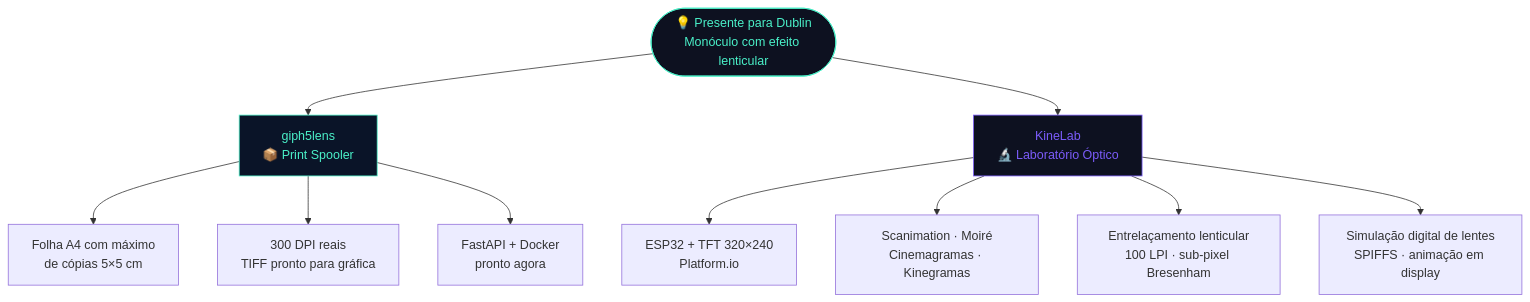
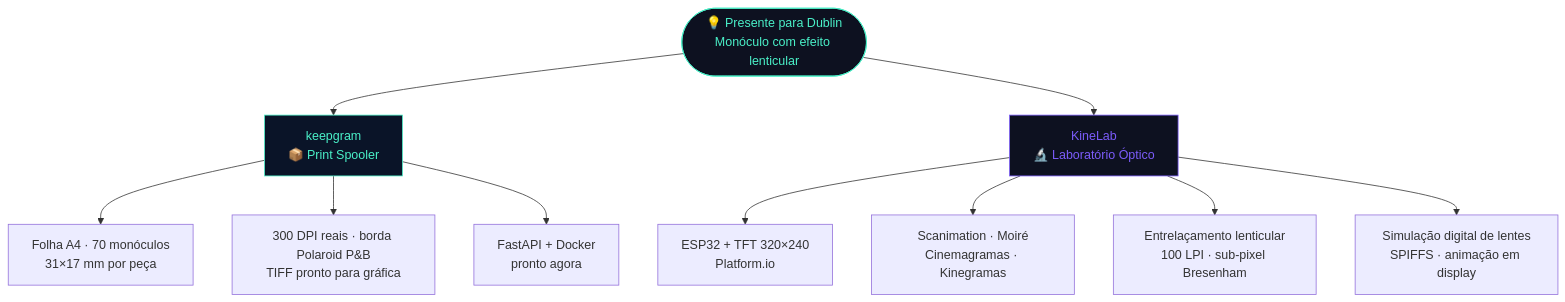
The first of 5 diagrams in README.md (pizzirano/giph5lens), drawn with Mermaid before and after one commit. The commit also changed other lines of this file, not shown here.

Commit message:
update v3 keepgram

````diff
--- a/README.md
+++ b/README.md
@@ -70,20 +79,20 @@
 ```mermaid
 graph TD
     ORIGEM(["💡 Presente para Dublin\nMonóculo com efeito lenticular"])
 
-    ORIGEM --> G5["giph5lens\n📦 Print Spooler"]
+    ORIGEM --> KG["keepgram\n📦 Print Spooler"]
     ORIGEM --> KL["KineLab\n🔬 Laboratório Óptico"]
 
-    G5 --> G5A["Folha A4 com máximo\nde cópias 5×5 cm"]
-    G5 --> G5B["300 DPI reais\nTIFF pronto para gráfica"]
-    G5 --> G5C["FastAPI + Docker\npronto agora"]
+    KG --> KGA["Folha A4 · 70 monóculos\n31×17 mm por peça"]
+    KG --> KGB["300 DPI reais · borda Polaroid P&B\nTIFF pronto para gráfica"]
+    KG --> KGC["FastAPI + Docker\npronto agora"]
 
     KL --> KL1["ESP32 + TFT 320×240\nPlatform.io"]
     KL --> KL2["Scanimation · Moiré\nCinemagramas · Kinegramas"]
     KL --> KL3["Entrelaçamento lenticular\n100 LPI · sub-pixel Bresenham"]
     KL --> KL4["Simulação digital de lentes\nSPIFFS · animação em display"]
 
     style ORIGEM fill:#0d1120,color:#4af0c8,stroke:#4af0c8
-    style G5 fill:#0a1428,color:#4af0c8,stroke:#4af0c8
+    style KG fill:#0a1428,color:#4af0c8,stroke:#4af0c8
     style KL fill:#0d1120,color:#7b5cfa,stroke:#7b5cfa
 ```
````
